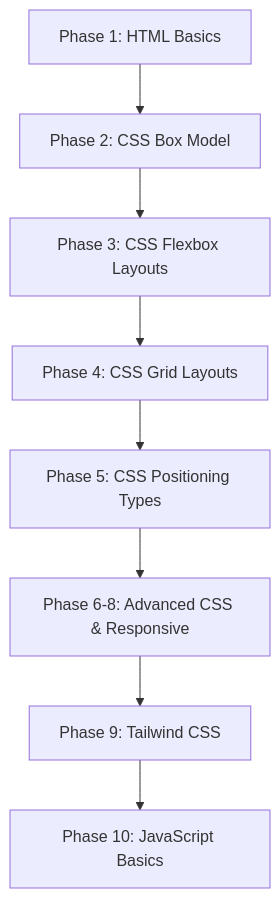
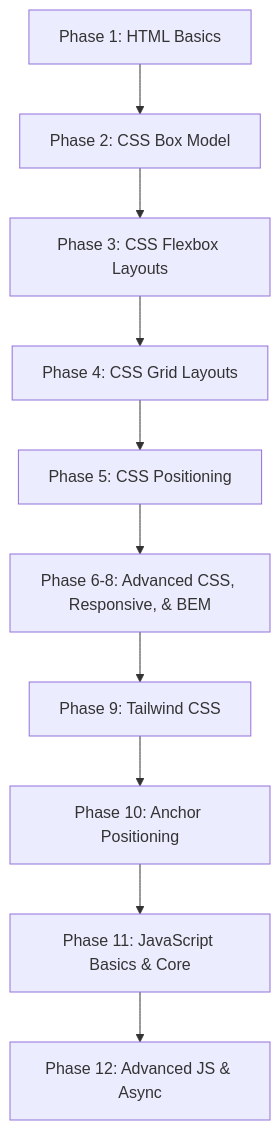
One commit to SaqibShah-dev/web-dev-journey changed the diagram in README.md. Above: the diagram before and after it, drawn with Mermaid. The commit also changed other lines of this file and 4 other files, not shown here.

````diff
--- a/README.md
+++ b/README.md
@@ -121,10 +36,12 @@
 ```mermaid
 graph TD
     A[Phase 1: HTML Basics] --> B[Phase 2: CSS Box Model]
     B --> C[Phase 3: CSS Flexbox Layouts]
     C --> D[Phase 4: CSS Grid Layouts]
-    D --> E[Phase 5: CSS Positioning Types]
-    E --> F[Phase 6-8: Advanced CSS & Responsive]
+    D --> E[Phase 5: CSS Positioning]
+    E --> F[Phase 6-8: Advanced CSS, Responsive, & BEM]
     F --> G[Phase 9: Tailwind CSS]
-    G --> H[Phase 10: JavaScript Basics]
+    G --> H[Phase 10: Anchor Positioning]
+    H --> I[Phase 11: JavaScript Basics & Core]
+    I --> J[Phase 12: Advanced JS & Async]
 ```
````
